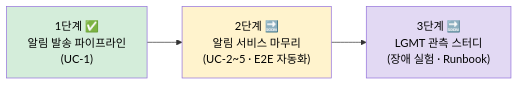
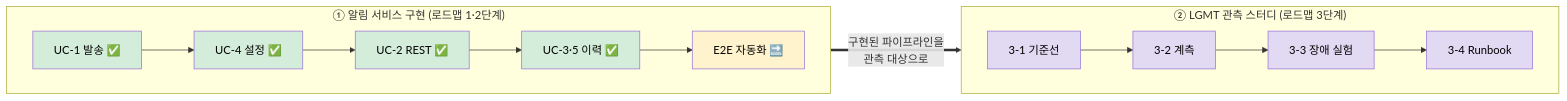
Before and after one commit to scofe97/notification-lab: the second of 2 diagrams in README.md, drawn with Mermaid. The commit also changed other lines of this file, not shown here.

````diff
--- a/README.md
+++ b/README.md
@@ -42,7 +48,21 @@
 ```mermaid
 flowchart LR
-    P1["1단계 ✅<br>알림 발송 파이프라인<br>(UC-1)"] --> P2["2단계 🔜<br>알림 서비스 마무리<br>(UC-2~5 · E2E 자동화)"] --> P3["3단계 🔜<br>LGMT 관측 스터디<br>(장애 실험 · Runbook)"]
-    style P1 fill:#d4edda,color:#000
-    style P2 fill:#fff3cd,color:#000
-    style P3 fill:#e2d9f3,color:#000
+    subgraph BUILD["① 알림 서비스 구현 (로드맵 1·2단계)"]
+        direction LR
+        B1["UC-1 발송 ✅"] --> B2["UC-4 설정 ✅"] --> B3["UC-2 REST ✅"] --> B4["UC-3·5 이력 ✅"] --> B5["E2E 자동화 🔜"]
+    end
+    subgraph OBS["② LGMT 관측 스터디 (로드맵 3단계)"]
+        direction LR
+        O1["3-1 기준선"] --> O2["3-2 계측"] --> O3["3-3 장애 실험"] --> O4["3-4 Runbook"]
+    end
+    BUILD ==>|"구현된 파이프라인을<br>관측 대상으로"| OBS
+    style B1 fill:#d4edda,color:#000
+    style B2 fill:#d4edda,color:#000
+    style B3 fill:#d4edda,color:#000
+    style B4 fill:#d4edda,color:#000
+    style B5 fill:#fff3cd,color:#000
+    style O1 fill:#e2d9f3,color:#000
+    style O2 fill:#e2d9f3,color:#000
+    style O3 fill:#e2d9f3,color:#000
+    style O4 fill:#e2d9f3,color:#000
 ```
````
